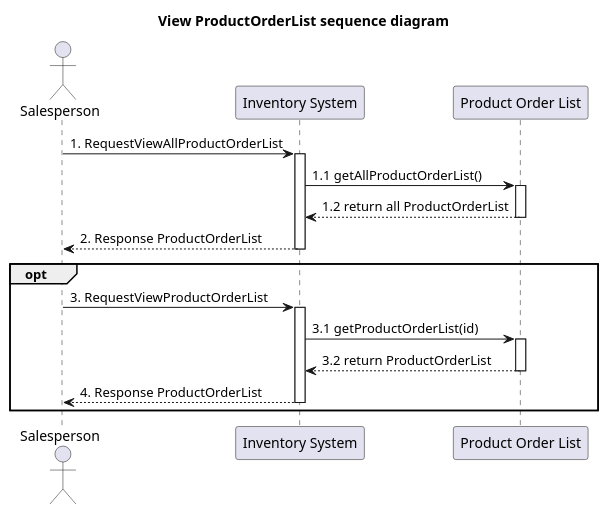
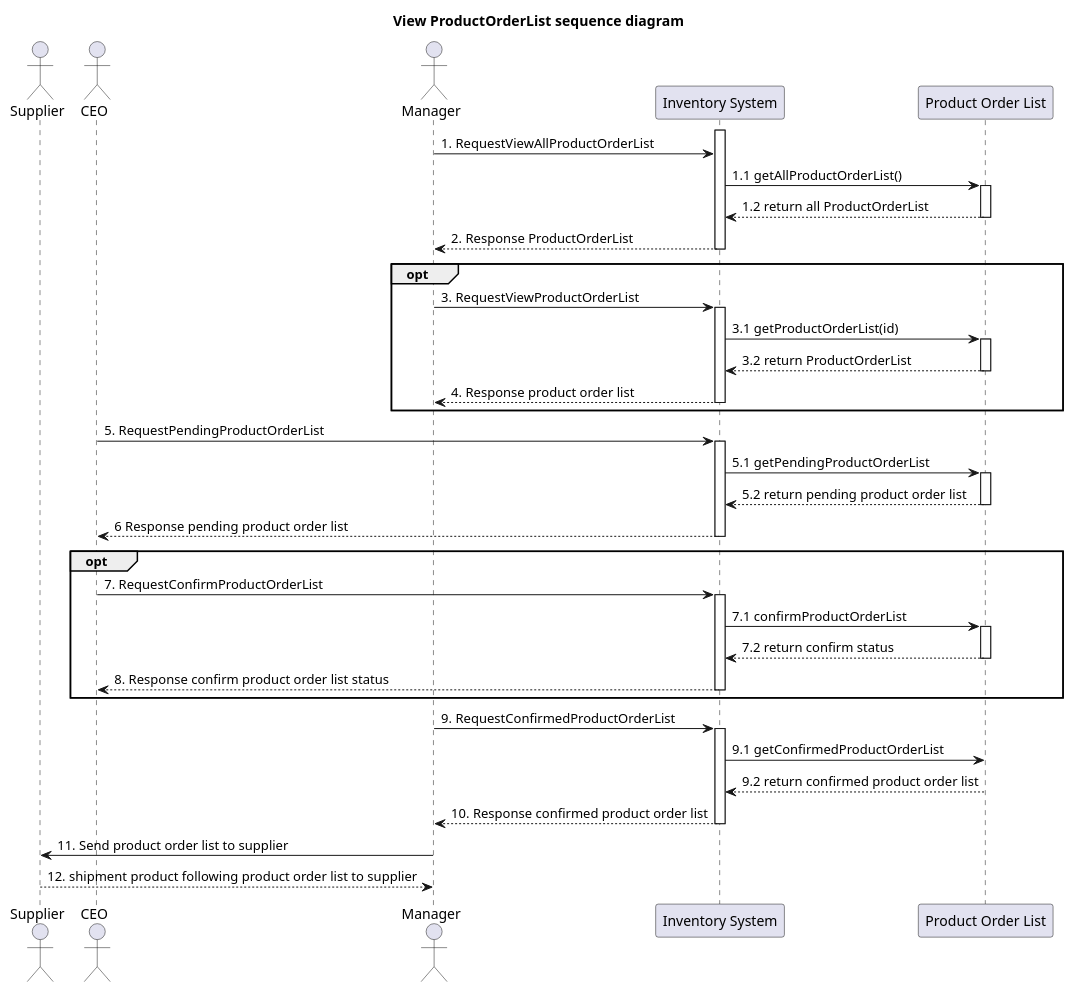
The diagram in system-analysis/sequence/_9_1_sequence-view-product-order-list.puml (billowdev/inventory-system-plantuml-sequelize-seeder-example), drawn with PlantUML before and after one commit.

```diff
--- a/system-analysis/sequence/_9_1_sequence-view-product-order-list.puml
+++ b/system-analysis/sequence/_9_1_sequence-view-product-order-list.puml
@@ -1,44 +1,87 @@
 @startuml
 'example
 title View ProductOrderList sequence diagram
 
-actor Salesperson as actorSalesperson
+
+actor Supplier as actorSupplier
+actor CEO as actorCEO
+actor Manager as actorManager
 participant "Inventory System" as InventorySystem
 'participant "Stock" as classInventory
-participant "Product Order List" as usecaseProductOrderList
+participant "Product Order List" as classProductOrderList
 
-actorSalesperson -> InventorySystem: 1. RequestViewAllProductOrderList
+
+
 activate InventorySystem
+actorManager -> InventorySystem: 1. RequestViewAllProductOrderList
 
 '-------------- START view product ---------------
-InventorySystem -> usecaseProductOrderList: 1.1 getAllProductOrderList()
-activate usecaseProductOrderList
+InventorySystem -> classProductOrderList: 1.1 getAllProductOrderList()
+activate classProductOrderList
 
-usecaseProductOrderList --> InventorySystem: 1.2 return all ProductOrderList
-deactivate usecaseProductOrderList
+classProductOrderList --> InventorySystem: 1.2 return all ProductOrderList
+deactivate classProductOrderList
 
-InventorySystem --> actorSalesperson : 2. Response ProductOrderList
+InventorySystem --> actorManager : 2. Response ProductOrderList
 
 deactivate InventorySystem
 
 
 opt
-actorSalesperson -> InventorySystem: 3. RequestViewProductOrderList
+actorManager -> InventorySystem: 3. RequestViewProductOrderList
 activate InventorySystem
 
-InventorySystem -> usecaseProductOrderList: 3.1 getProductOrderList(id)
-activate usecaseProductOrderList
+InventorySystem -> classProductOrderList: 3.1 getProductOrderList(id)
+activate classProductOrderList
 
-usecaseProductOrderList --> InventorySystem: 3.2 return ProductOrderList
-deactivate usecaseProductOrderList
+classProductOrderList --> InventorySystem: 3.2 return ProductOrderList
+deactivate classProductOrderList
 
 
 '-------------- END view product ---------------
 
-InventorySystem --> actorSalesperson : 4. Response ProductOrderList
+InventorySystem --> actorManager : 4. Response product order list
 
 deactivate InventorySystem
 end
 
+actorCEO -> InventorySystem : 5. RequestPendingProductOrderList
+activate InventorySystem
+
+InventorySystem -> classProductOrderList : 5.1 getPendingProductOrderList
+activate classProductOrderList
+
+classProductOrderList --> InventorySystem : 5.2 return pending product order list
+deactivate classProductOrderList
+
+InventorySystem --> actorCEO : 6 Response pending product order list
+deactivate InventorySystem
+opt
+
+actorCEO -> InventorySystem : 7. RequestConfirmProductOrderList
+activate InventorySystem
+
+InventorySystem -> classProductOrderList : 7.1 confirmProductOrderList
+activate classProductOrderList
+
+classProductOrderList --> InventorySystem : 7.2 return confirm status
+deactivate classProductOrderList
+
+InventorySystem --> actorCEO : 8. Response confirm product order list status
+deactivate InventorySystem
+
+end
+
+actorManager -> InventorySystem : 9. RequestConfirmedProductOrderList
+activate InventorySystem
+
+InventorySystem -> classProductOrderList : 9.1 getConfirmedProductOrderList
+classProductOrderList --> InventorySystem : 9.2 return confirmed product order list
+
+InventorySystem --> actorManager : 10. Response confirmed product order list
+deactivate InventorySystem
+
+actorManager -> actorSupplier : 11. Send product order list to supplier
+actorSupplier --> actorManager : 12. shipment product following product order list to supplier
 
 @enduml
```
